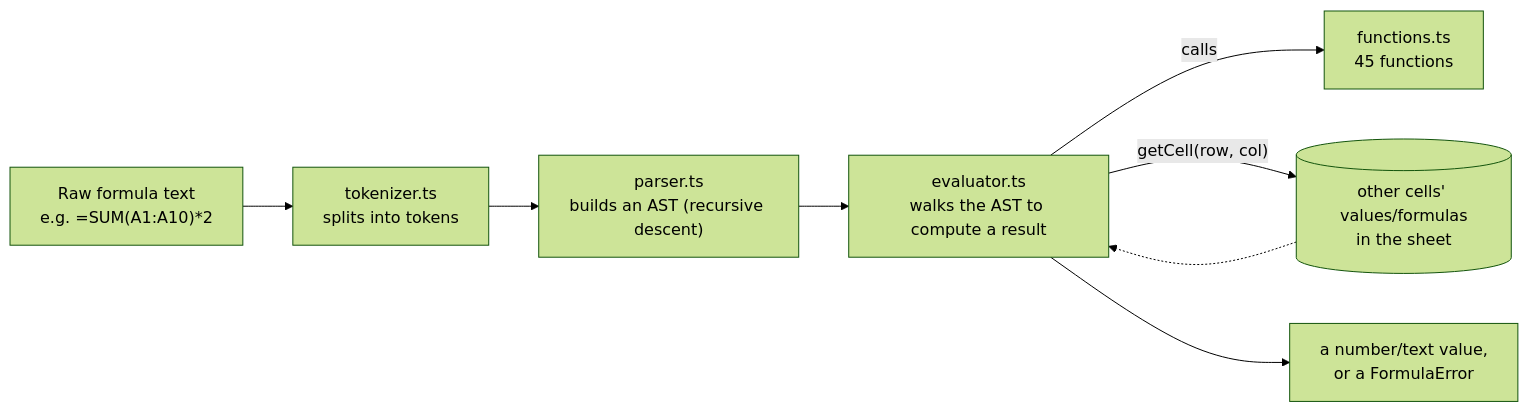
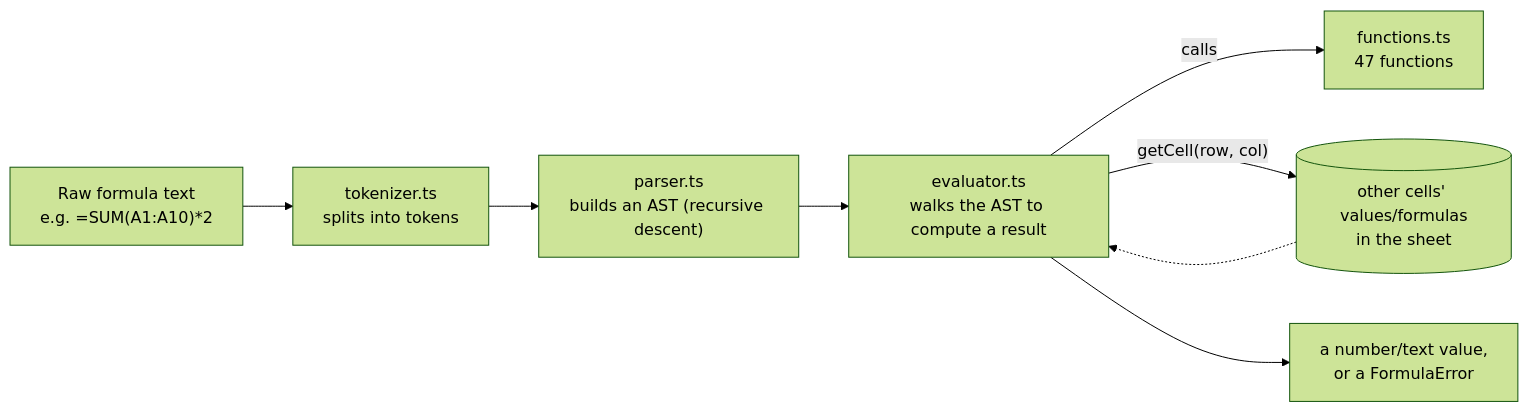
Before and after one commit to SuruchBoss/ExcelToGo: the third of 4 diagrams in README.en.md, drawn with Mermaid (forest theme). The commit also changed other lines of this file and 6 other files, not shown here.

````diff
--- a/README.en.md
+++ b/README.en.md
@@ -844,10 +844,10 @@
 ```mermaid
 flowchart LR
     Raw["Raw formula text<br/>e.g. =SUM(A1:A10)*2"] --> Tok["tokenizer.ts<br/>splits into tokens"]
     Tok --> Par["parser.ts<br/>builds an AST (recursive descent)"]
     Par --> Eval["evaluator.ts<br/>walks the AST to compute a result"]
-    Eval -->|"calls"| Fn["functions.ts<br/>45 functions"]
+    Eval -->|"calls"| Fn["functions.ts<br/>47 functions"]
     Eval -->|"getCell(row, col)"| Sheet[("other cells' values/formulas<br/>in the sheet")]
     Sheet -.-> Eval
     Eval --> Result["a number/text value,<br/>or a FormulaError"]
 ```
````
